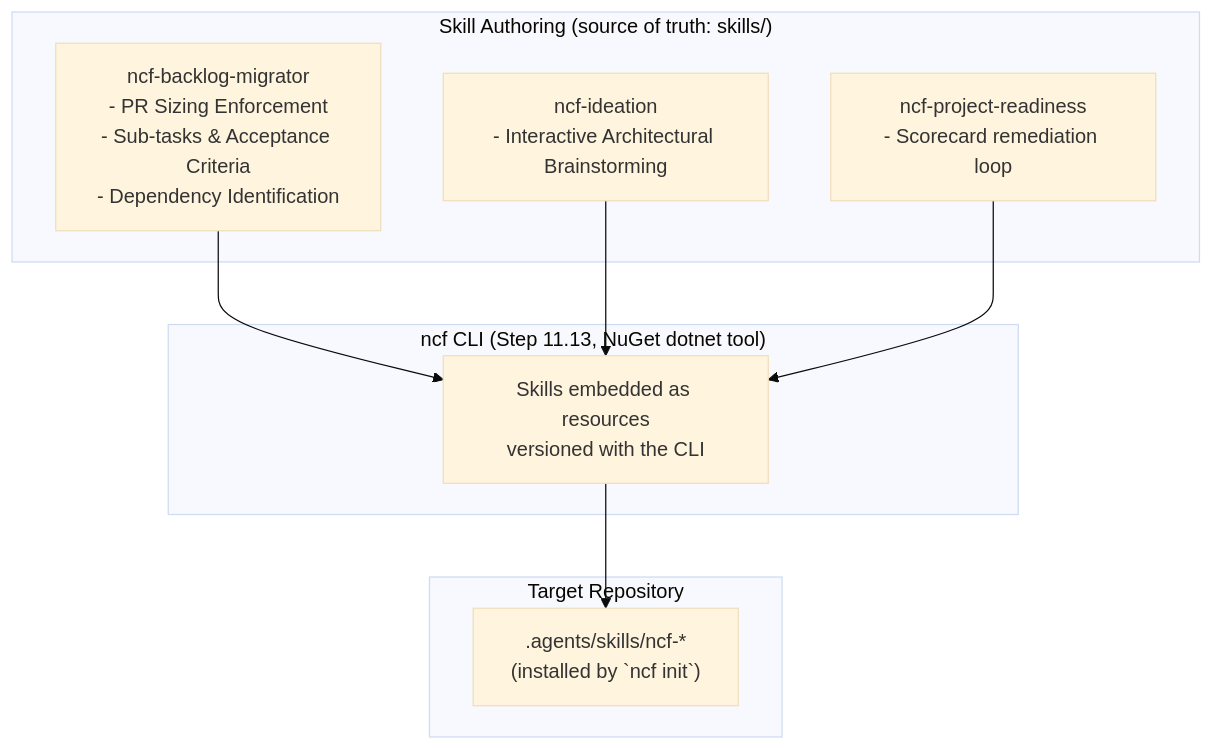
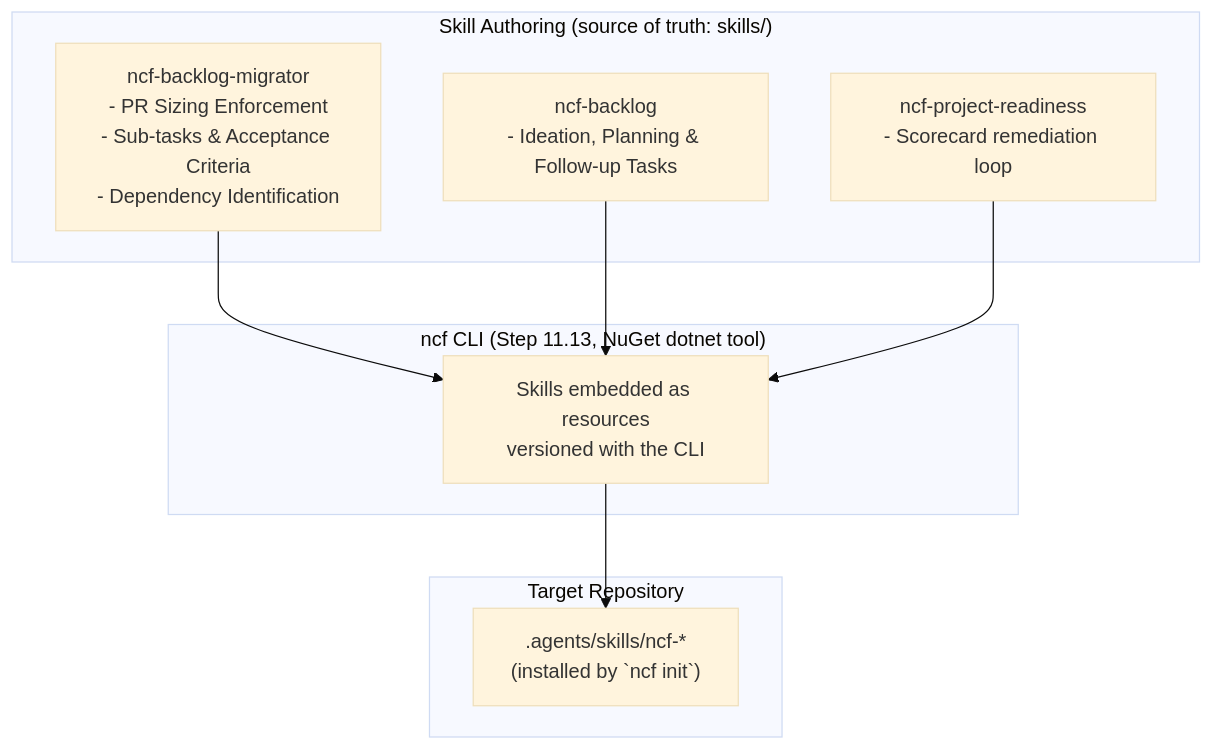
Before and after one commit to jetelain/NightCodeForge: the third of 5 diagrams in docs/plan/11_EXTEND_FEATURES.md, drawn with Mermaid (base theme). The commit also changed other lines of this file and 14 other files, not shown here.

````diff
--- a/docs/plan/11_EXTEND_FEATURES.md
+++ b/docs/plan/11_EXTEND_FEATURES.md
@@ -94,21 +94,21 @@
 ```mermaid
 flowchart TD
     subgraph Authoring ["Skill Authoring (source of truth: skills/)"]
         MigrateSkill["ncf-backlog-migrator<br/>- PR Sizing Enforcement<br/>- Sub-tasks & Acceptance Criteria<br/>- Dependency Identification"]
-        IdeateSkill["ncf-ideation<br/>- Interactive Architectural Brainstorming"]
+        BacklogSkill["ncf-backlog<br/>- Ideation, Planning & Follow-up Tasks"]
         ReadinessSkill["ncf-project-readiness<br/>- Scorecard remediation loop"]
     end
 
     subgraph Cli ["ncf CLI (Step 11.13, NuGet dotnet tool)"]
         Packaging["Skills embedded as resources<br/>versioned with the CLI"]
     end
 
     subgraph TargetRepo ["Target Repository"]
         Agents[".agents/skills/ncf-*<br/>(installed by `ncf init`)"]
     end
 
     MigrateSkill --> Packaging
-    IdeateSkill --> Packaging
+    BacklogSkill --> Packaging
     ReadinessSkill --> Packaging
     Packaging --> Agents
 ```
````
